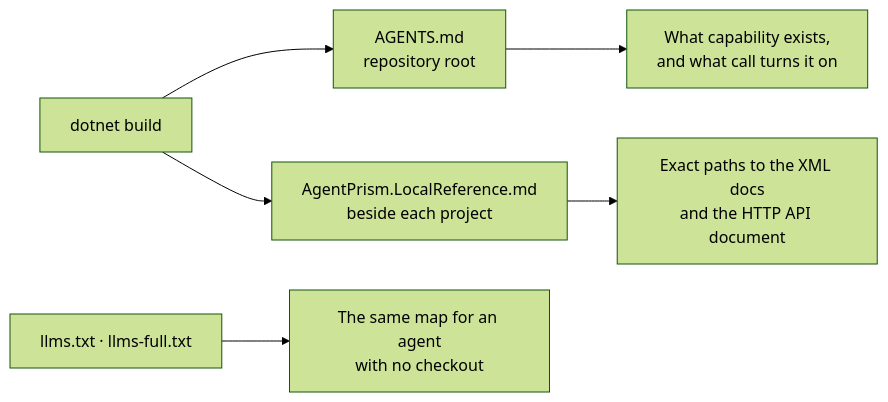
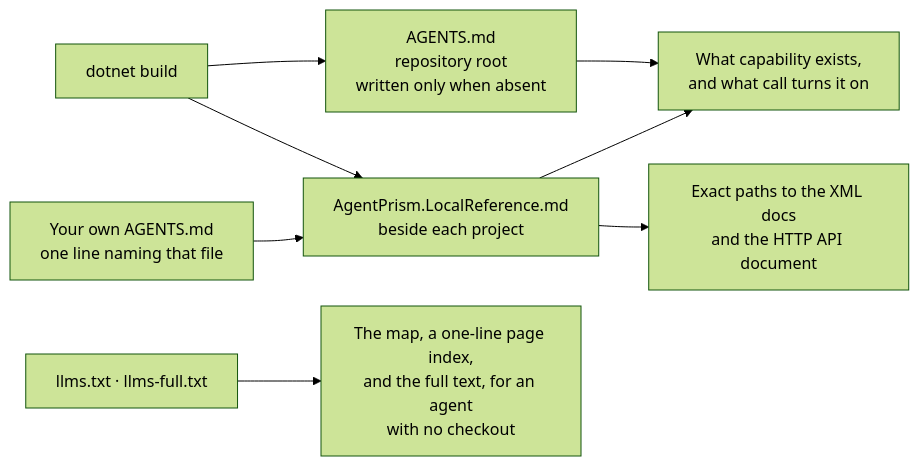
Before and after one commit to farukatasoy/Tracon: the diagram in docs-site/src/content/docs/guides/coding-agents.md, drawn with Mermaid (forest theme). The commit also changed other lines of this file and 16 other files, not shown here.

````diff
--- a/docs-site/src/content/docs/guides/coding-agents.md
+++ b/docs-site/src/content/docs/guides/coding-agents.md
@@ -42,10 +42,12 @@
 ```mermaid
 flowchart LR
-    accTitle: The three files a coding agent reads
-    accDescr: The agent map answers what exists, the local reference answers how a member is called, and the site copies serve an agent that has no checkout.
-    BUILD["dotnet build"] --> MAP["AGENTS.md<br/>repository root"]
+    accTitle: What a coding agent reads, and which question each file answers
+    accDescr: The build writes the capability map and the local reference. The local reference names the map on disk, so a repository that keeps its own instructions reaches it through one pointer line. The site copies serve an agent with no checkout.
+    BUILD["dotnet build"] --> MAP["AGENTS.md<br/>repository root<br/>written only when absent"]
     BUILD --> LOCAL["AgentPrism.LocalReference.md<br/>beside each project"]
+    OWN["Your own AGENTS.md<br/>one line naming that file"] --> LOCAL
     MAP --> Q1["What capability exists,<br/>and what call turns it on"]
+    LOCAL --> Q1
     LOCAL --> Q2["Exact paths to the XML docs<br/>and the HTTP API document"]
-    SITE["llms.txt · llms-full.txt"] --> Q3["The same map for an agent<br/>with no checkout"]
+    SITE["llms.txt · llms-full.txt"] --> Q3["The map, a one-line page index,<br/>and the full text, for an agent<br/>with no checkout"]
 ```
````
